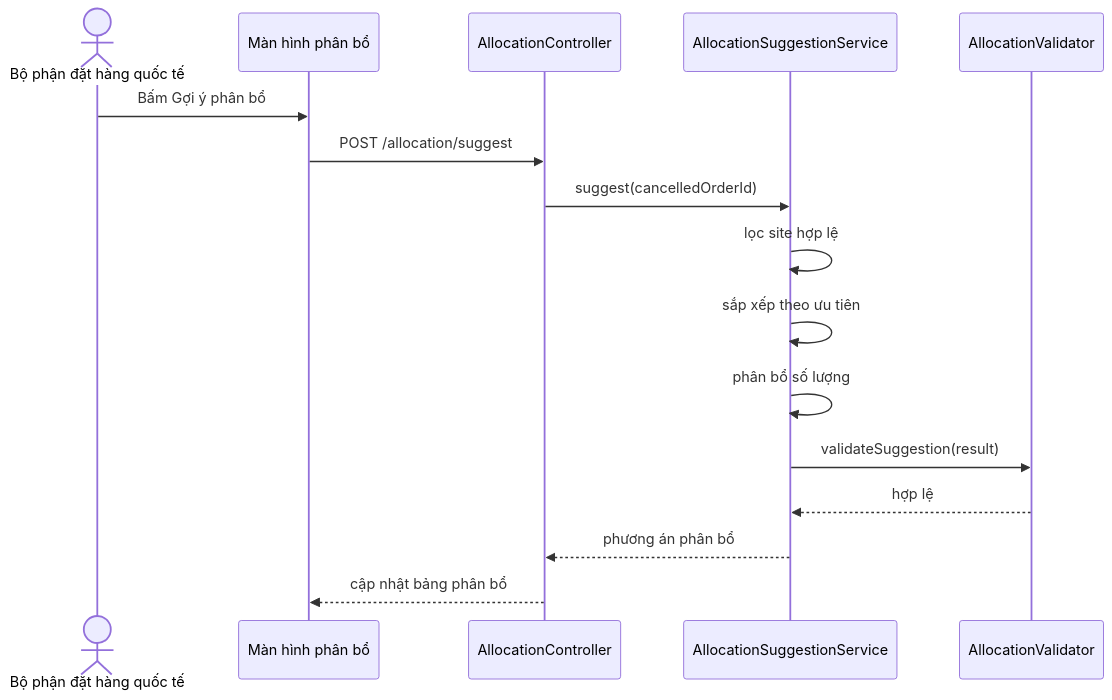
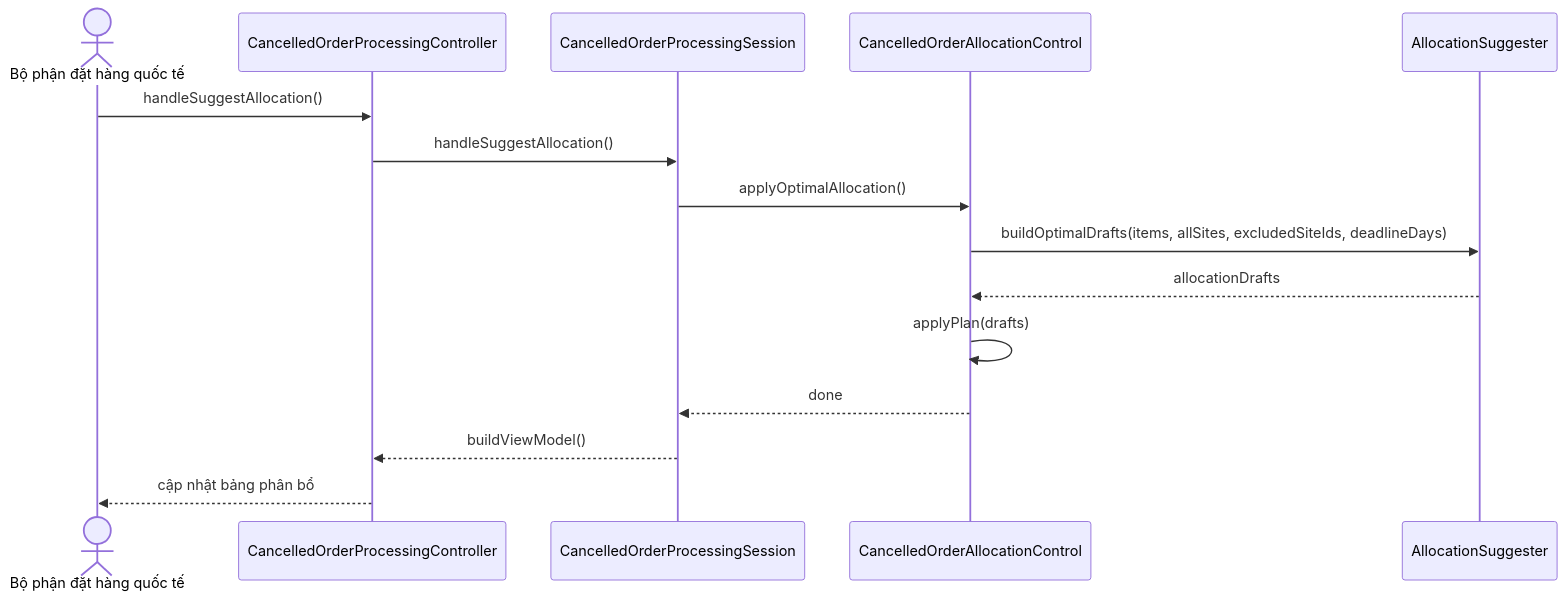
The fifth of 6 diagrams in usecase_xu_ly_don_hang_bi_huy.md (NeoCyber05/PRJ_ITSS), drawn with Mermaid before and after one commit. The commit also changed other lines of this file and 26 other files, not shown here.

````diff
--- a/usecase_xu_ly_don_hang_bi_huy.md
+++ b/usecase_xu_ly_don_hang_bi_huy.md
@@ -685,19 +471,18 @@
 ```mermaid
 sequenceDiagram
     actor User as Bộ phận đặt hàng quốc tế
-    participant UI as Màn hình phân bổ
-    participant Ctrl as AllocationController
-    participant Service as AllocationSuggestionService
-    participant Validator as AllocationValidator
+    participant Ctrl as CancelledOrderProcessingController
+    participant Session as CancelledOrderProcessingSession
+    participant Control as CancelledOrderAllocationControl
+    participant Suggester as AllocationSuggester
 
-    User->>UI: Bấm Gợi ý phân bổ
-    UI->>Ctrl: POST /allocation/suggest
-    Ctrl->>Service: suggest(cancelledOrderId)
-    Service->>Service: lọc site hợp lệ
-    Service->>Service: sắp xếp theo ưu tiên
-    Service->>Service: phân bổ số lượng
-    Service->>Validator: validateSuggestion(result)
-    Validator-->>Service: hợp lệ
-    Service-->>Ctrl: phương án phân bổ
-    Ctrl-->>UI: cập nhật bảng phân bổ
+    User->>Ctrl: handleSuggestAllocation()
+    Ctrl->>Session: handleSuggestAllocation()
+    Session->>Control: applyOptimalAllocation()
+    Control->>Suggester: buildOptimalDrafts(items, allSites, excludedSiteIds, deadlineDays)
+    Suggester-->>Control: allocationDrafts
+    Control->>Control: applyPlan(drafts)
+    Control-->>Session: done
+    Session-->>Ctrl: buildViewModel()
+    Ctrl-->>User: cập nhật bảng phân bổ
 ```
````
